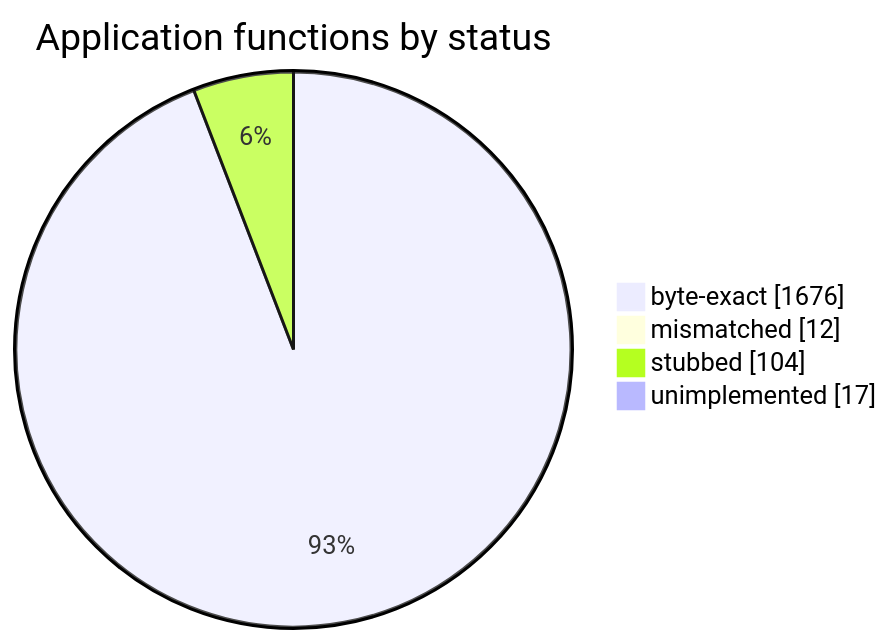
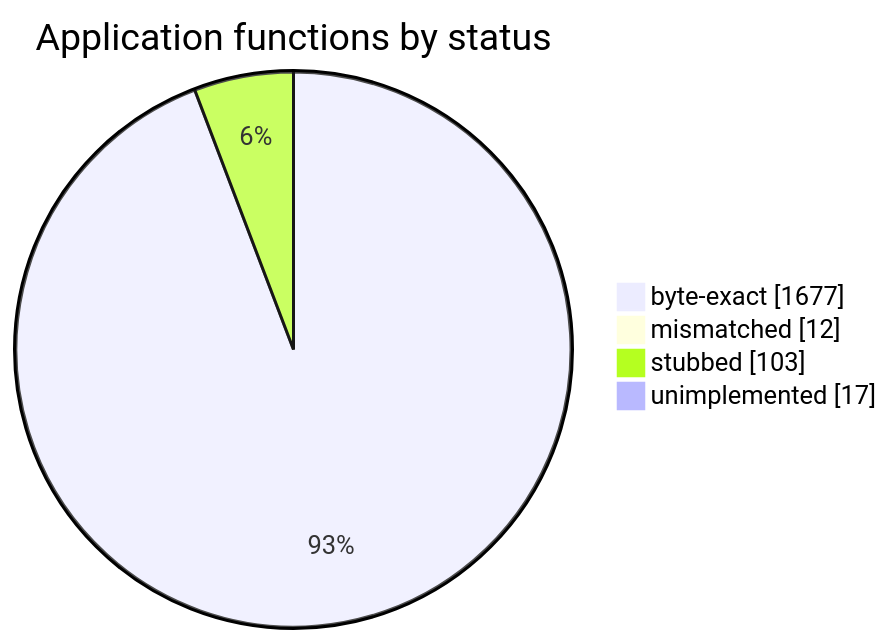
Before and after one commit to sorokya/eos: the diagram in README.md, drawn with Mermaid. The commit also changed other lines of this file and 6 other files, not shown here.

````diff
--- a/README.md
+++ b/README.md
@@ -154,8 +154,8 @@
 ```mermaid
 pie showData
     title Application functions by status
-    "byte-exact" : 1676
+    "byte-exact" : 1677
     "mismatched" : 12
-    "stubbed" : 104
+    "stubbed" : 103
     "unimplemented" : 17
 ```
````
